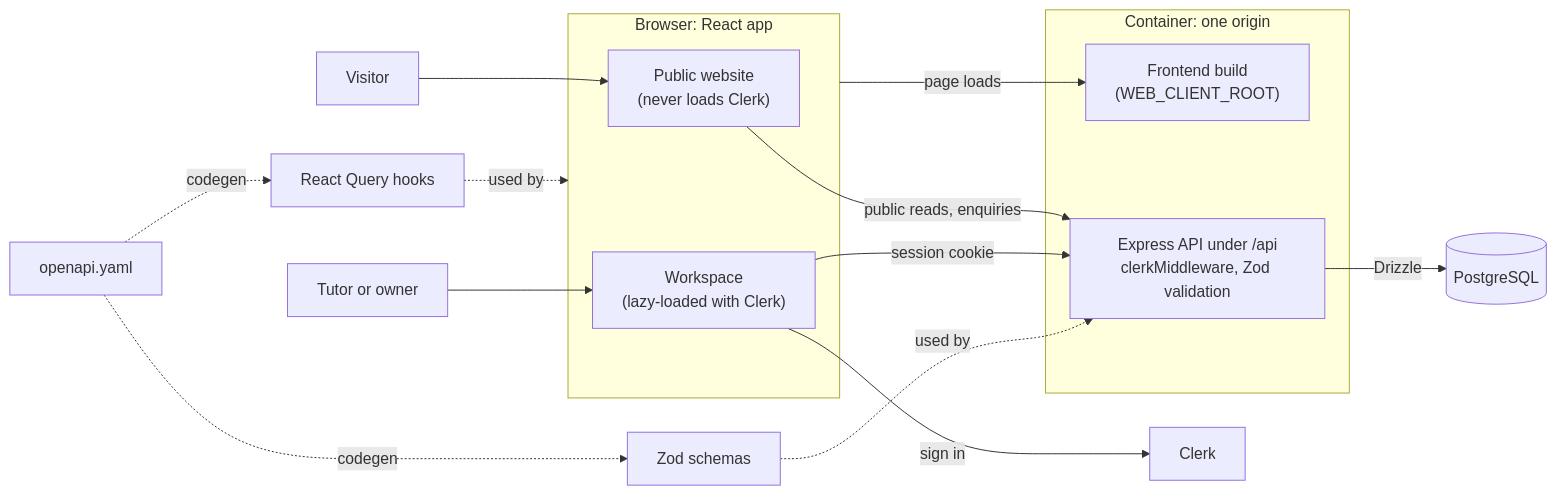
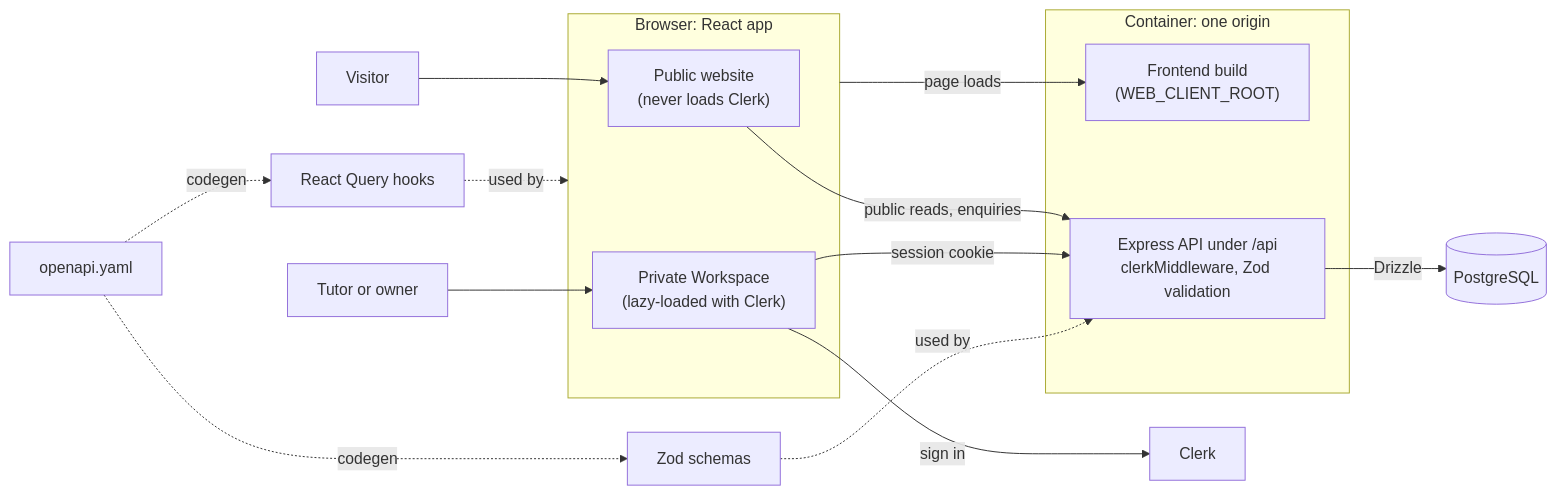
The diagram in docs/architecture.md (sumau/welltutored), drawn with Mermaid before and after one commit. The commit also changed other lines of this file, not shown here.

Commit message:
Label the Workspace as private, matching the public website

````diff
--- a/docs/architecture.md
+++ b/docs/architecture.md
@@ -10,27 +10,27 @@
 ```mermaid
 flowchart LR
   visitor["Visitor"] --> public
   tutor["Tutor or owner"] --> workspace
 
   subgraph browser["Browser: React app"]
     public["Public website<br/>(never loads Clerk)"]
-    workspace["Workspace<br/>(lazy-loaded with Clerk)"]
+    workspace["Private Workspace<br/>(lazy-loaded with Clerk)"]
   end
 
   workspace -- "sign in" --> clerk["Clerk"]
 
   subgraph container["Container: one origin"]
     static["Frontend build<br/>(WEB_CLIENT_ROOT)"]
     api["Express API under /api<br/>clerkMiddleware, Zod validation"]
   end
 
   browser -- "page loads" --> static
   public -- "public reads, enquiries" --> api
   workspace -- "session cookie" --> api
   api -- "Drizzle" --> db[("PostgreSQL")]
 
   spec["openapi.yaml"] -. "codegen" .-> hooks["React Query hooks"]
   spec -. "codegen" .-> zod["Zod schemas"]
   hooks -. "used by" .-> browser
   zod -. "used by" .-> api
 ```
````
